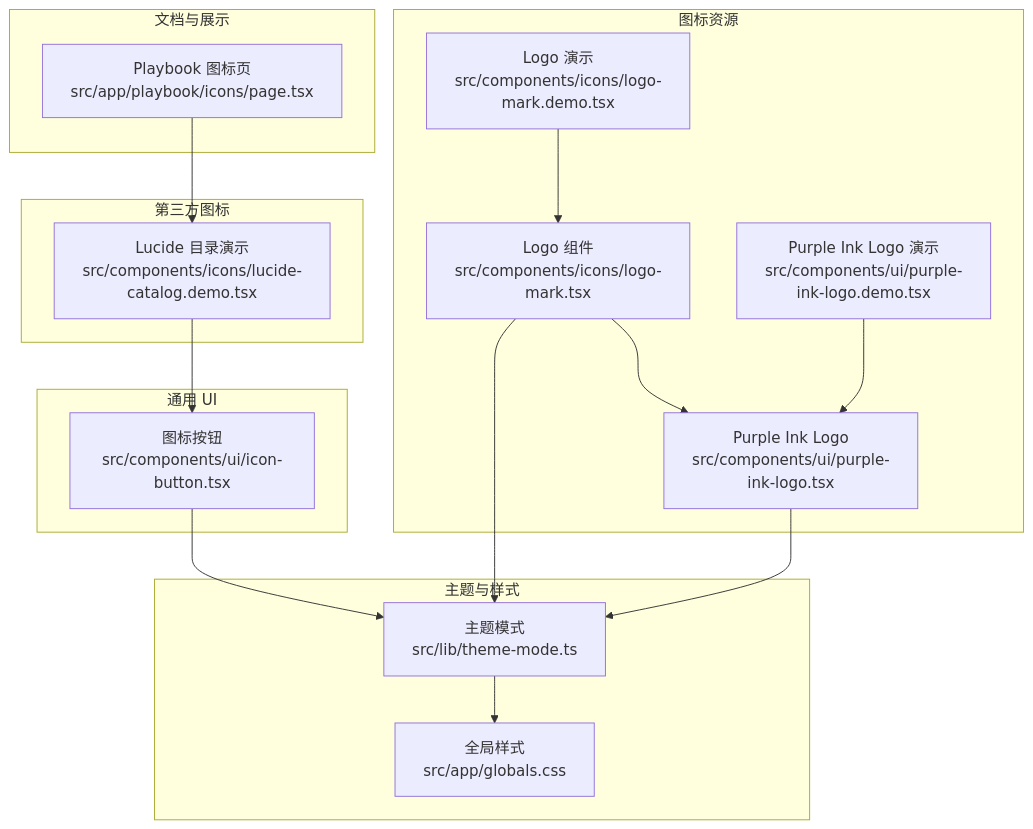
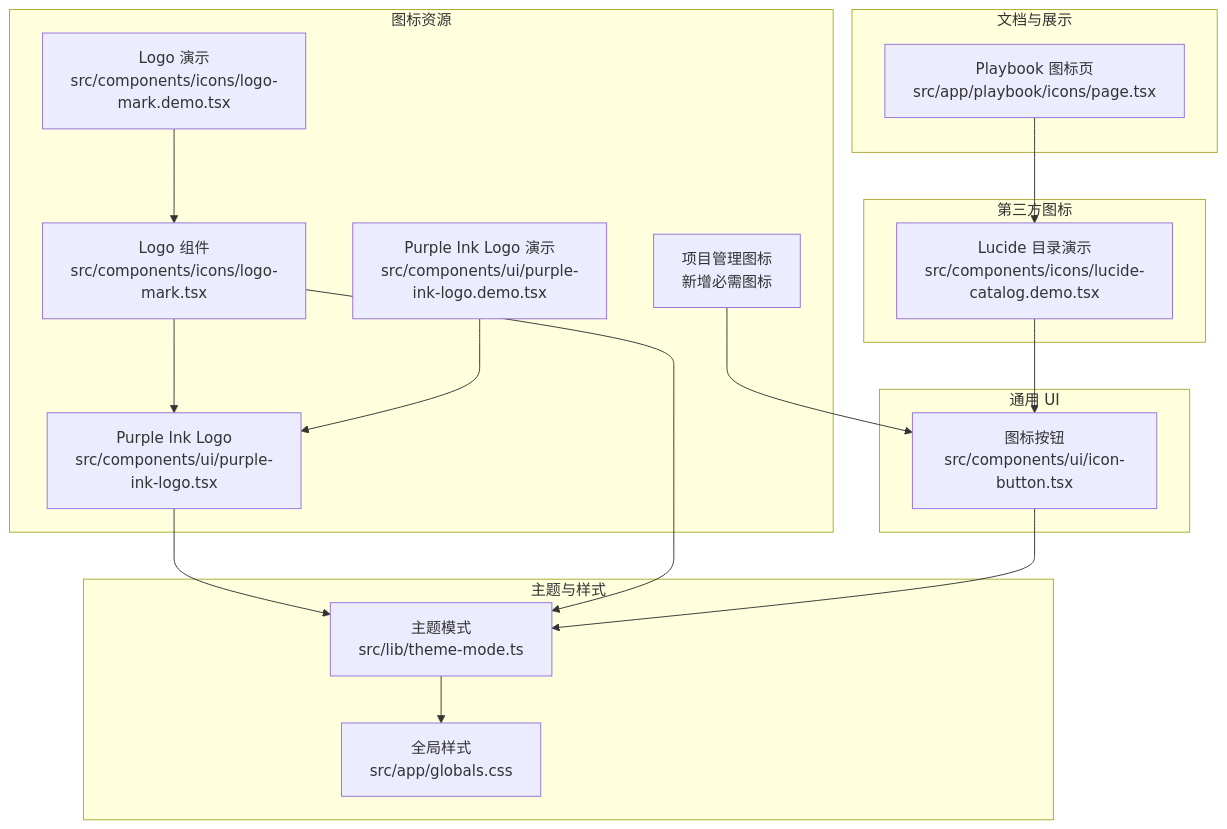
One commit to scottcwy/PurpleInk changed the first of 5 diagrams in .qoder/repowiki/zh/content/前端架构/组件系统/图标系统.md. Above: the diagram before and after it, drawn with Mermaid. The commit also changed other lines of this file and 23 other files, not shown here.

````diff
--- a/.qoder/repowiki/zh/content/前端架构/组件系统/图标系统.md
+++ b/.qoder/repowiki/zh/content/前端架构/组件系统/图标系统.md
@@ -45,31 +55,33 @@
 ```mermaid
 graph TB
 subgraph "图标资源"
 A["Logo 组件<br/>src/components/icons/logo-mark.tsx"]
 B["Logo 演示<br/>src/components/icons/logo-mark.demo.tsx"]
 C["Purple Ink Logo<br/>src/components/ui/purple-ink-logo.tsx"]
 D["Purple Ink Logo 演示<br/>src/components/ui/purple-ink-logo.demo.tsx"]
+E["项目管理图标<br/>新增必需图标"]
 end
 subgraph "第三方图标"
-E["Lucide 目录演示<br/>src/components/icons/lucide-catalog.demo.tsx"]
+F["Lucide 目录演示<br/>src/components/icons/lucide-catalog.demo.tsx"]
 end
 subgraph "通用 UI"
-F["图标按钮<br/>src/components/ui/icon-button.tsx"]
+G["图标按钮<br/>src/components/ui/icon-button.tsx"]
 end
 subgraph "文档与展示"
-G["Playbook 图标页<br/>src/app/playbook/icons/page.tsx"]
+H["Playbook 图标页<br/>src/app/playbook/icons/page.tsx"]
 end
 subgraph "主题与样式"
-H["主题模式<br/>src/lib/theme-mode.ts"]
-I["全局样式<br/>src/app/globals.css"]
+I["主题模式<br/>src/lib/theme-mode.ts"]
+J["全局样式<br/>src/app/globals.css"]
 end
 A --> C
 B --> A
 D --> C
-E --> F
-G --> E
-C --> H
-A --> H
-F --> H
-H --> I
+E --> G
+F --> G
+H --> F
+C --> I
+A --> I
+G --> I
+I --> J
 ```
````
